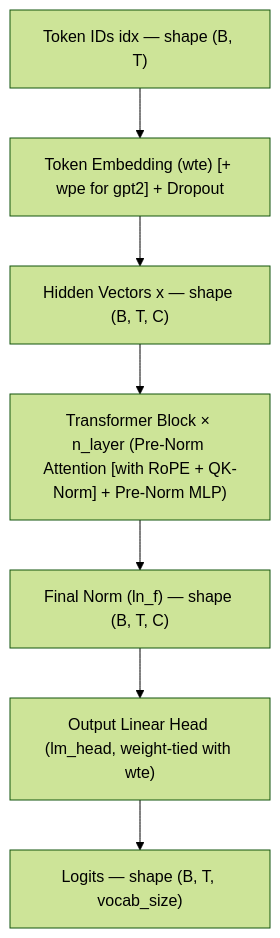
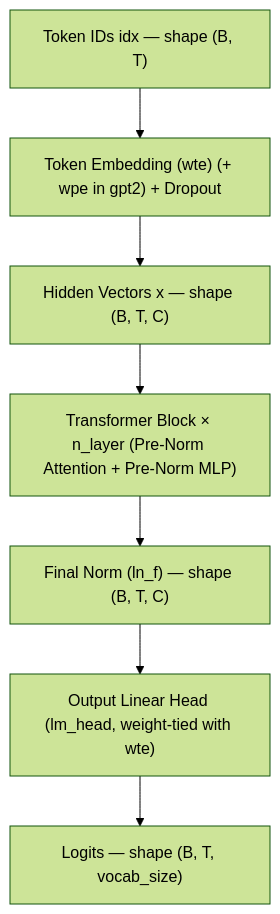
One commit to NewGuy012/chat-shakespeare changed the second of 3 diagrams in docs/concepts.md. Above: the diagram before and after it, drawn with Mermaid (forest theme). The commit also changed other lines of this file, not shown here.

Commit message:
Clarify modern vs gpt2 architecture walkthrough in concepts.md

````diff
--- a/docs/concepts.md
+++ b/docs/concepts.md
@@ -164,9 +165,9 @@
 ```mermaid
 flowchart TD
-    IN["Token IDs idx — shape (B, T)"] --> EMB["Token Embedding (wte) [+ wpe for gpt2] + Dropout"]
+    IN["Token IDs idx — shape (B, T)"] --> EMB["Token Embedding (wte) (+ wpe in gpt2) + Dropout"]
     EMB --> X0["Hidden Vectors x — shape (B, T, C)"]
-    X0 --> BLK["Transformer Block × n_layer (Pre-Norm Attention [with RoPE + QK-Norm] + Pre-Norm MLP)"]
+    X0 --> BLK["Transformer Block × n_layer (Pre-Norm Attention + Pre-Norm MLP)"]
     BLK --> LNF["Final Norm (ln_f) — shape (B, T, C)"]
     LNF --> HEAD["Output Linear Head (lm_head, weight-tied with wte)"]
     HEAD --> LOGITS["Logits — shape (B, T, vocab_size)"]
 ```
````
